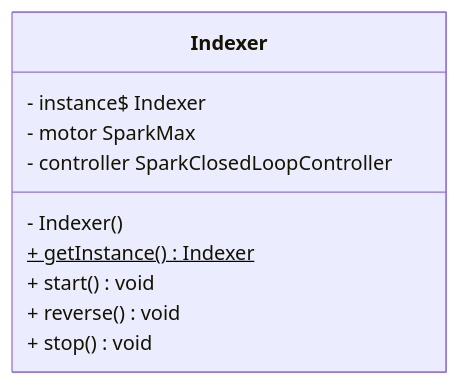
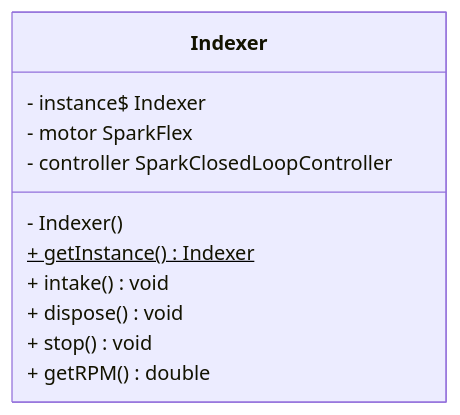
The diagram in src/uml/frc/robot/subsystems/Indexer.mmd (LakotaRobotics1038/2026RobotProject), drawn with Mermaid before and after one commit. The commit also changed 78 other files, not shown here.

Commit message:
Update uml

```diff
--- a/src/uml/frc/robot/subsystems/Indexer.mmd
+++ b/src/uml/frc/robot/subsystems/Indexer.mmd
@@ -1,13 +1,14 @@
 classDiagram
   direction LR
 
   class Indexer {
     - instance$ Indexer
-    - motor SparkMax
+    - motor SparkFlex
     - controller SparkClosedLoopController
     - Indexer()
     + getInstance()$ Indexer
-    + start() void
-    + reverse() void
+    + intake() void
+    + dispose() void
     + stop() void
+    + getRPM() double
   }
```
